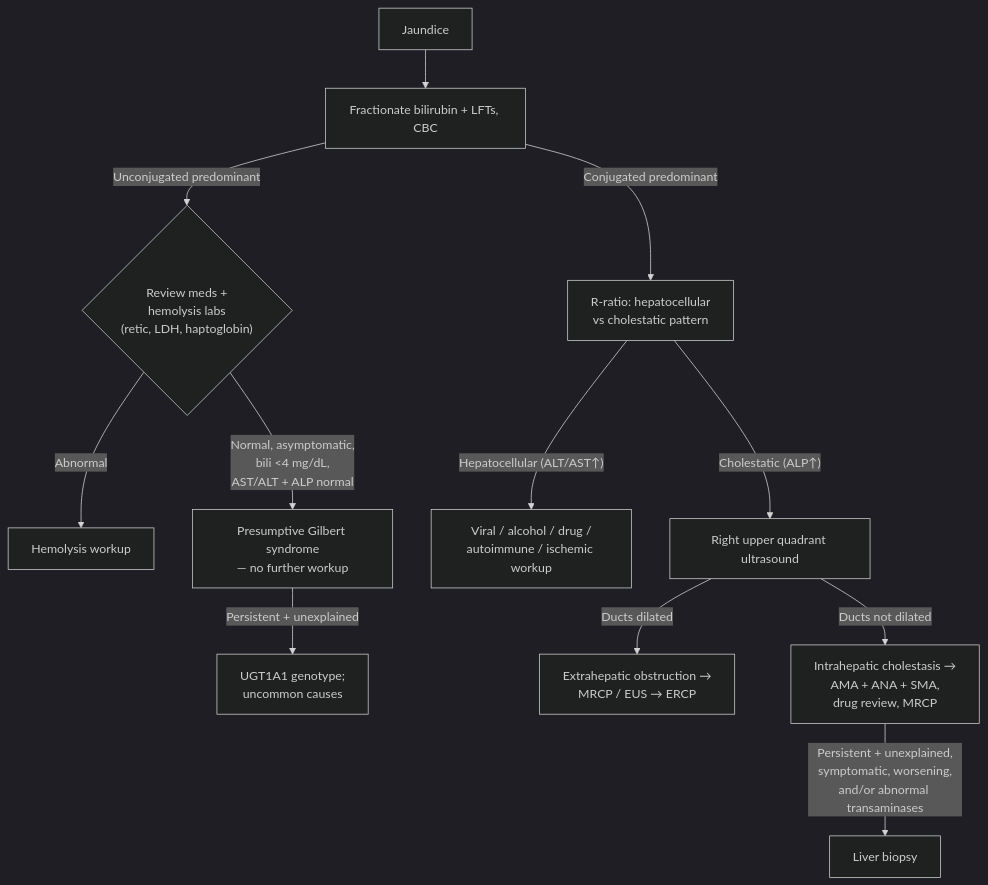
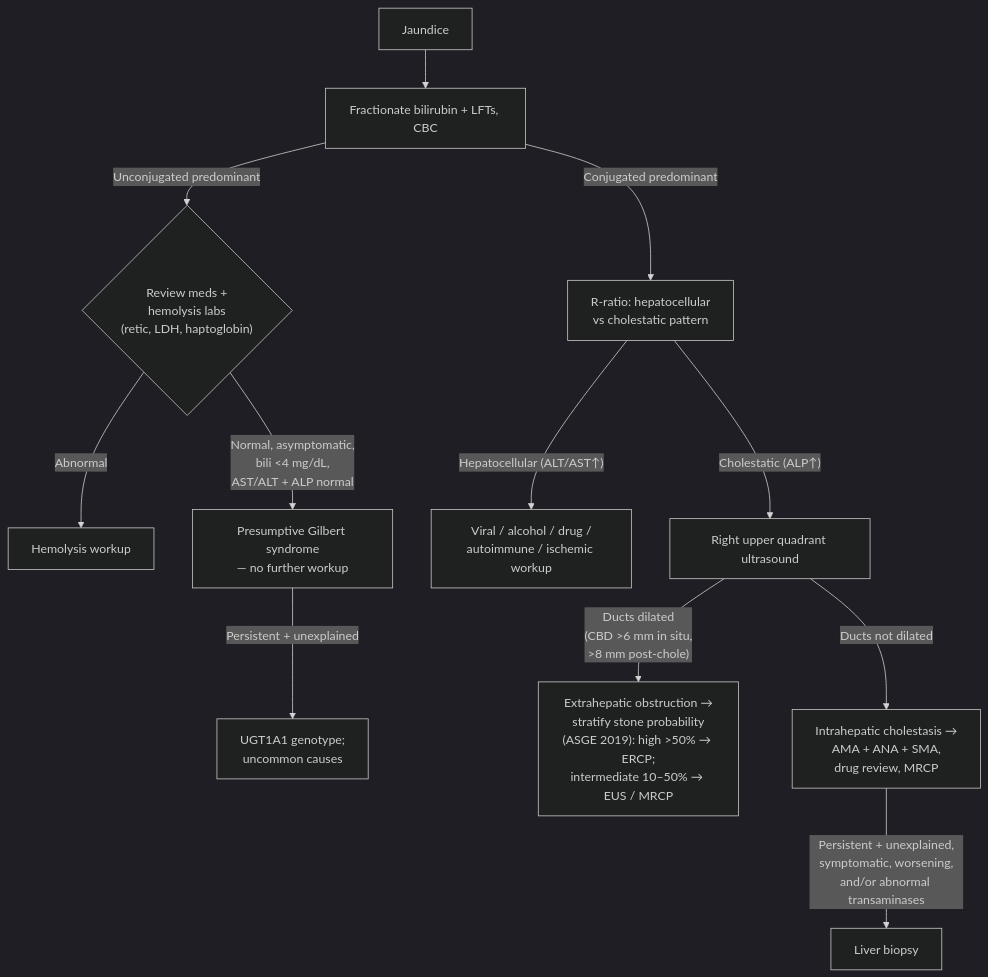
Before and after one commit to KHNickLeMD/KHNL-GI-Wiki: the diagram in KHNL-GI-Wiki/wiki/2-diagnostic-schemas/jaundice.md, drawn with Mermaid (dark theme). The commit also changed other lines of this file and 73 other files, not shown here.

````diff
--- a/KHNL-GI-Wiki/wiki/2-diagnostic-schemas/jaundice.md
+++ b/KHNL-GI-Wiki/wiki/2-diagnostic-schemas/jaundice.md
@@ -76,14 +76,14 @@
 ```mermaid
 flowchart TD
     A["Jaundice"] --> B["Fractionate bilirubin + LFTs, CBC"]
     B -->|"Unconjugated predominant"| C{"Review meds +<br/>hemolysis labs<br/>(retic, LDH, haptoglobin)"}
     C -->|"Abnormal"| D["Hemolysis workup"]
     C -->|"Normal, asymptomatic,<br/>bili <4 mg/dL,<br/>AST/ALT + ALP normal"| E["Presumptive Gilbert syndrome<br/>— no further workup"]
     E -->|"Persistent + unexplained"| E2["UGT1A1 genotype;<br/>uncommon causes"]
     B -->|"Conjugated predominant"| F["R-ratio: hepatocellular<br/>vs cholestatic pattern"]
     F -->|"Hepatocellular (ALT/AST↑)"| G["Viral / alcohol / drug /<br/>autoimmune / ischemic workup"]
     F -->|"Cholestatic (ALP↑)"| H["Right upper quadrant ultrasound"]
-    H -->|"Ducts dilated"| I["Extrahepatic obstruction →<br/>MRCP / EUS → ERCP"]
+    H -->|"Ducts dilated<br/>(CBD >6 mm in situ,<br/>>8 mm post-chole)"| I["Extrahepatic obstruction →<br/>stratify stone probability<br/>(ASGE 2019): high >50% → ERCP;<br/>intermediate 10–50% → EUS / MRCP"]
     H -->|"Ducts not dilated"| J["Intrahepatic cholestasis →<br/>AMA + ANA + SMA,<br/>drug review, MRCP"]
     J -->|"Persistent + unexplained,<br/>symptomatic, worsening,<br/>and/or abnormal transaminases"| K["Liver biopsy"]
 ```
````
